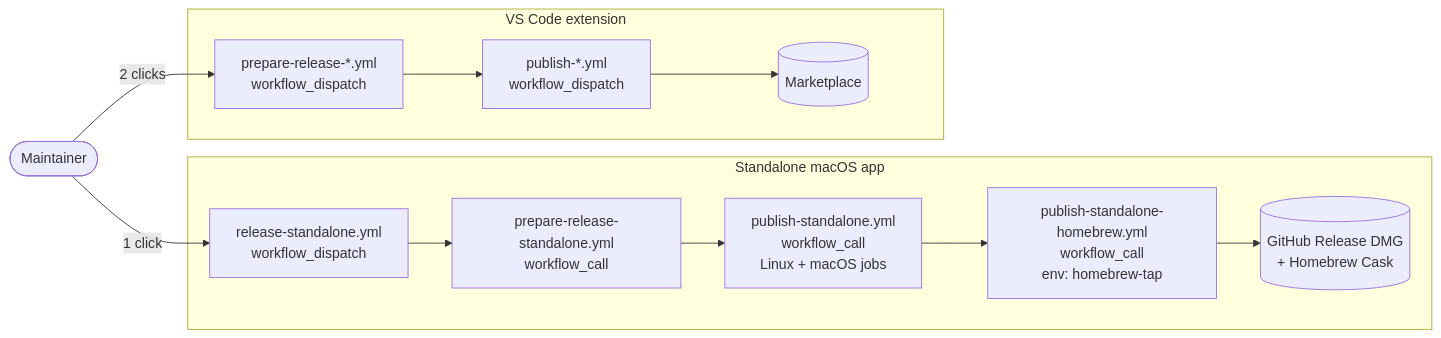
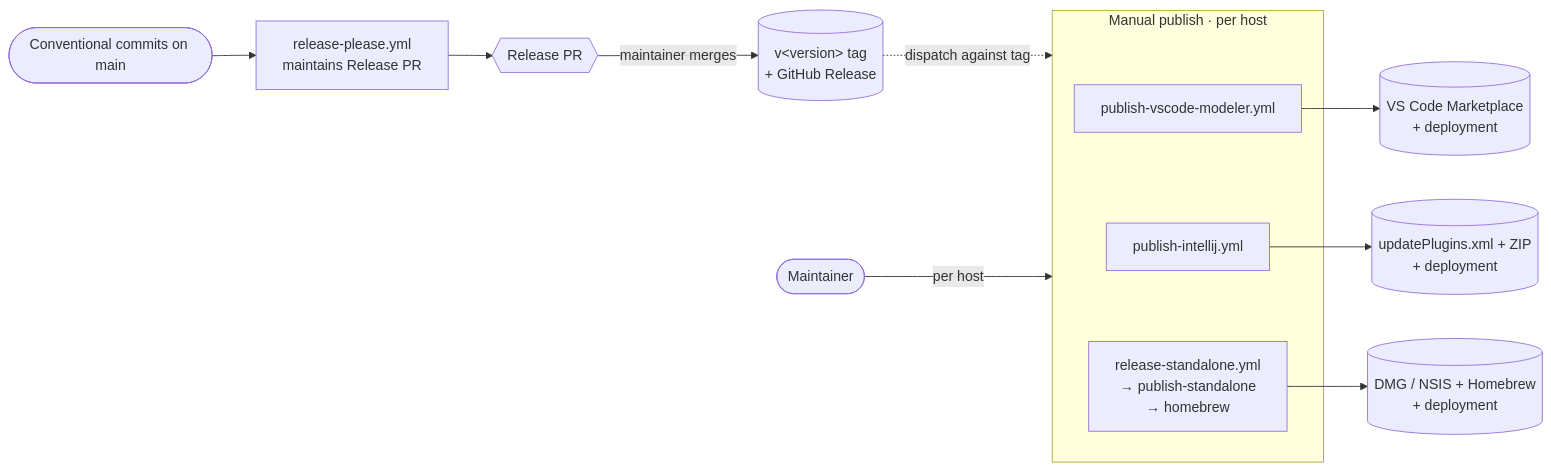
The diagram in docs/vscode/contributing/release-process.md (Miragon/bpmn-modeler), drawn with Mermaid before and after one commit. The commit also changed other lines of this file and 21 other files, not shown here.

First line of the commit message:
ci(release): unify versioning across hosts via release-please (#1058)

````diff
--- a/docs/vscode/contributing/release-process.md
+++ b/docs/vscode/contributing/release-process.md
@@ -29,25 +42,23 @@
 ```mermaid
 flowchart LR
+    commits([Conventional commits on main])
+    rp[release-please.yml<br/>maintains Release PR]
+    pr{{Release PR}}
+    tag[(v&lt;version&gt; tag<br/>+ GitHub Release)]
+
+    commits --> rp --> pr
+    pr -->|maintainer merges| tag
+
     user([Maintainer])
-
-    subgraph Standalone[Standalone macOS app]
-        orchestrator[release-standalone.yml<br/>workflow_dispatch]
-        s_prepare[prepare-release-standalone.yml<br/>workflow_call]
-        s_publish[publish-standalone.yml<br/>workflow_call<br/>Linux + macOS jobs]
-        s_brew[publish-standalone-homebrew.yml<br/>workflow_call<br/>env: homebrew-tap]
-        s_assets[(GitHub Release DMG<br/>+ Homebrew Cask)]
-
-        orchestrator --> s_prepare --> s_publish --> s_brew --> s_assets
+    subgraph Publish[Manual publish · per host]
+        p_vscode[publish-vscode-modeler.yml]
+        p_intellij[publish-intellij.yml]
+        p_standalone[release-standalone.yml<br/>→ publish-standalone<br/>→ homebrew]
     end
 
-    subgraph Other[VS Code extension]
-        o_prepare[prepare-release-*.yml<br/>workflow_dispatch]
-        o_publish[publish-*.yml<br/>workflow_dispatch]
-        o_assets[(Marketplace)]
-
-        o_prepare --> o_publish --> o_assets
-    end
-
-    user -->|1 click| orchestrator
-    user -->|2 clicks| o_prepare
+    tag -. dispatch against tag .-> Publish
+    user -->|per host| Publish
+    p_vscode --> a_vscode[(VS Code Marketplace<br/>+ deployment)]
+    p_intellij --> a_intellij[(updatePlugins.xml + ZIP<br/>+ deployment)]
+    p_standalone --> a_standalone[(DMG / NSIS + Homebrew<br/>+ deployment)]
 ```
````
